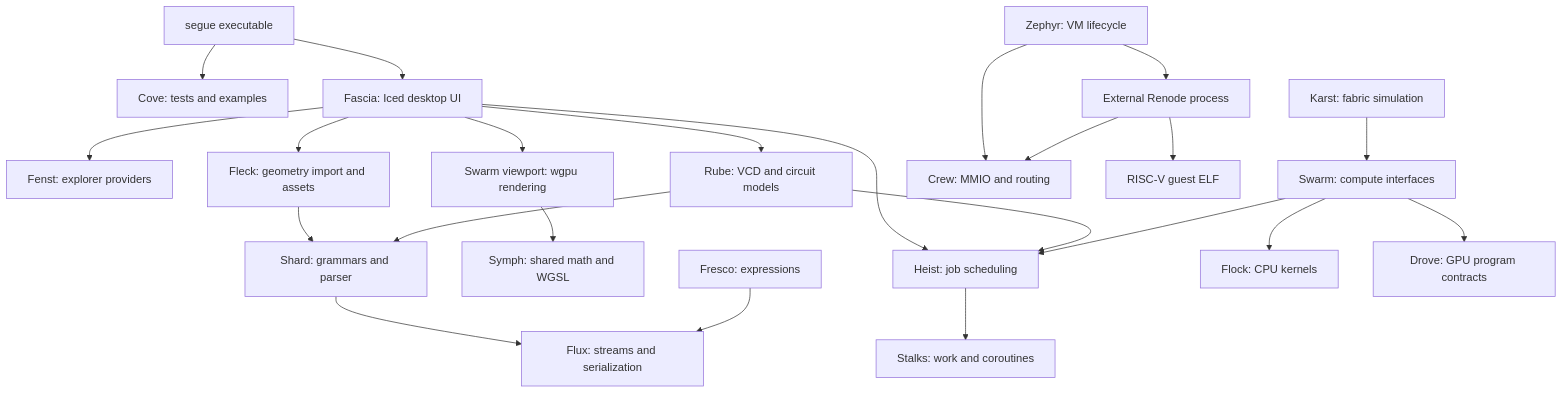
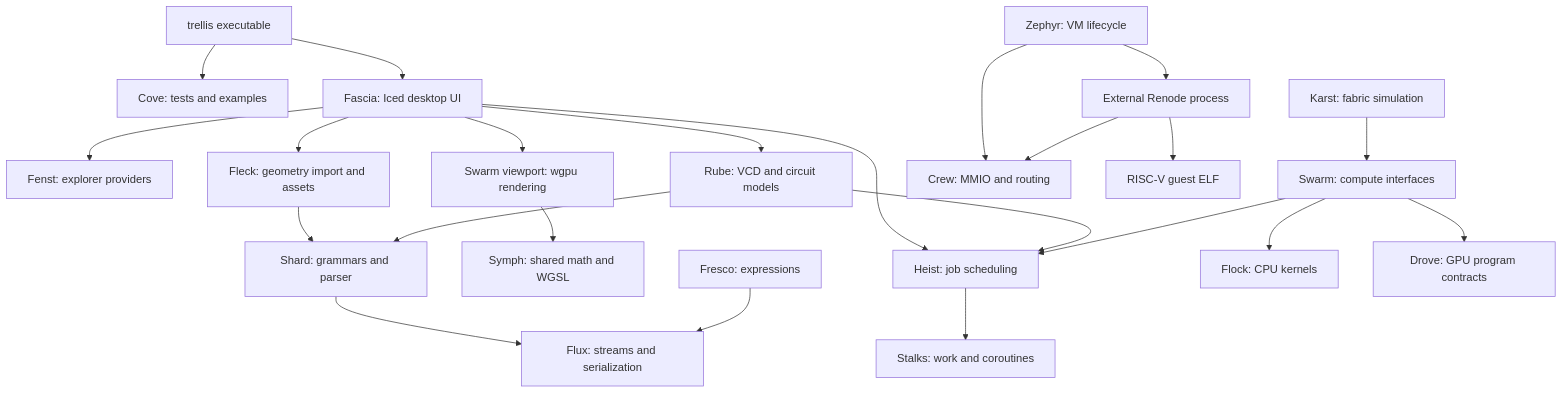
One commit to jswarup/Trellis changed the diagram in wiki/architecture.md. Above: the diagram before and after it, drawn with Mermaid. The commit also changed other lines of this file and 26 other files, not shown here.

Commit message:
Rename Segue project to Trellis

````diff
--- a/wiki/architecture.md
+++ b/wiki/architecture.md
@@ -19,25 +19,25 @@
 ```mermaid
 flowchart TD
-    Main[segue executable] --> Cove[Cove: tests and examples]
+    Main[trellis executable] --> Cove[Cove: tests and examples]
     Main --> Fascia[Fascia: Iced desktop UI]
     Fascia --> Fenst[Fenst: explorer providers]
     Fascia --> Fleck[Fleck: geometry import and assets]
     Fascia --> Rube[Rube: VCD and circuit models]
     Fascia --> Viewport[Swarm viewport: wgpu rendering]
     Fascia --> Heist[Heist: job scheduling]
     Viewport --> Symph[Symph: shared math and WGSL]
     Fleck --> Shard[Shard: grammars and parser]
     Rube --> Shard
     Shard --> Flux[Flux: streams and serialization]
     Fresco[Fresco: expressions] --> Flux
     Rube --> Heist
     Karst[Karst: fabric simulation] --> Swarm[Swarm: compute interfaces]
     Swarm --> Flock[Flock: CPU kernels]
     Swarm --> Drove[Drove: GPU program contracts]
     Swarm --> Heist
     Heist --> Stalks[Stalks: work and coroutines]
     Zephyr[Zephyr: VM lifecycle] --> Crew[Crew: MMIO and routing]
     Zephyr --> Renode[External Renode process]
     Renode --> Guest[RISC-V guest ELF]
     Renode --> Crew
 ```
````
